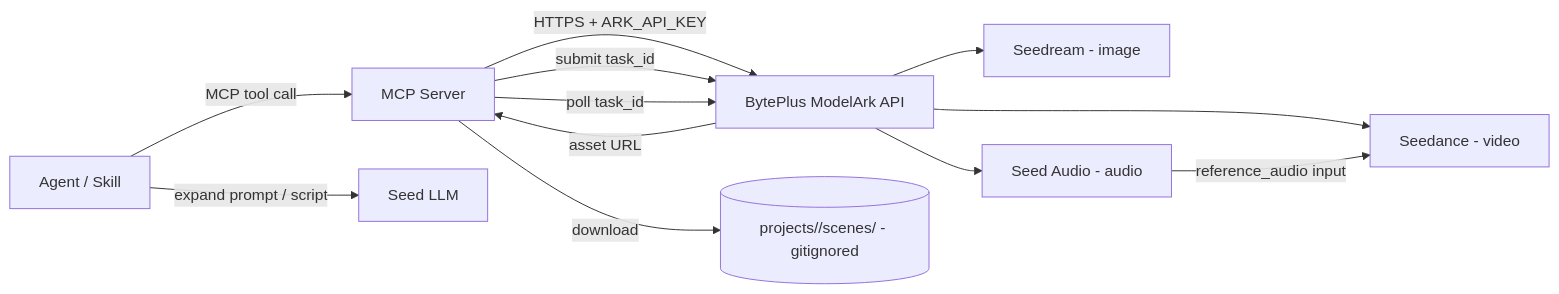
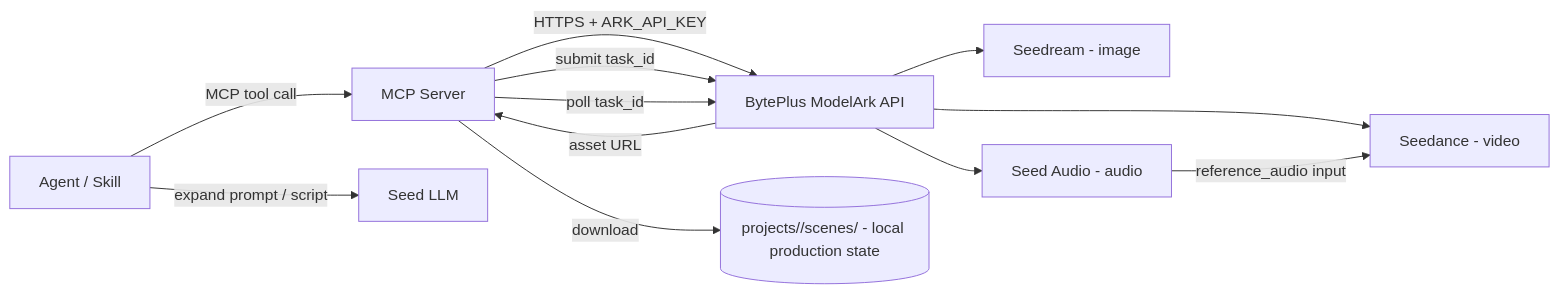
The first of 3 diagrams in AGENTS.md (ArthurReimus-ByteDance/ark-director), drawn with Mermaid before and after one commit. The commit also changed other lines of this file, not shown here.

````diff
--- a/AGENTS.md
+++ b/AGENTS.md
@@ -46,14 +46,14 @@
 ```mermaid
 flowchart LR
   A[Agent / Skill] -->|MCP tool call| B[MCP Server]
   B -->|HTTPS + ARK_API_KEY| C[BytePlus ModelArk API]
   C --> D[Seedance - video]
   C --> E[Seedream - image]
   C --> F[Seed Audio - audio]
   F -->|reference_audio input| D
   B -->|submit task_id| C
   B -->|poll task_id| C
   C -->|asset URL| B
-  B -->|download| G[(projects/<project>/scenes/ - gitignored)]
+  B -->|download| G[(projects/<project>/scenes/ - local production state)]
   A -->|expand prompt / script| H[Seed LLM]
 ```
````
